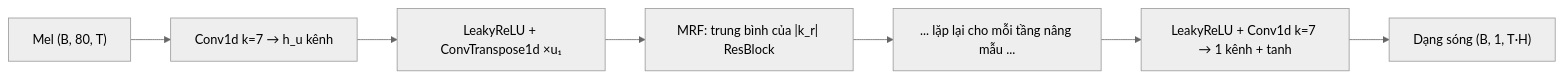
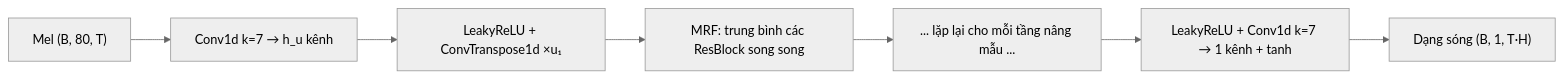
The second of 3 diagrams in docs/phan-6-vocoder/ch25-gan-vocoder.md (tuandung222/tts-books-2026), drawn with Mermaid (neutral theme) before and after one commit.

Commit message:
WIP: bản thảo các chương đang biên soạn
Claude-Session: https://claude.ai/code/session_01PnSv8GMC4q142v8Kx1mQHm

````diff
--- a/docs/phan-6-vocoder/ch25-gan-vocoder.md
+++ b/docs/phan-6-vocoder/ch25-gan-vocoder.md
@@ -200,9 +200,9 @@
 ```mermaid
 flowchart LR
     M["Mel (B, 80, T)"] --> P["Conv1d k=7 → h_u kênh"]
     P --> U1["LeakyReLU + ConvTranspose1d ×u₁"]
-    U1 --> R1["MRF: trung bình của |k_r| ResBlock"]
+    U1 --> R1["MRF: trung bình các ResBlock song song"]
     R1 --> U2["... lặp lại cho mỗi tầng nâng mẫu ..."]
     U2 --> O["LeakyReLU + Conv1d k=7 → 1 kênh + tanh"]
     O --> W["Dạng sóng (B, 1, T·H)"]
 ```
````
